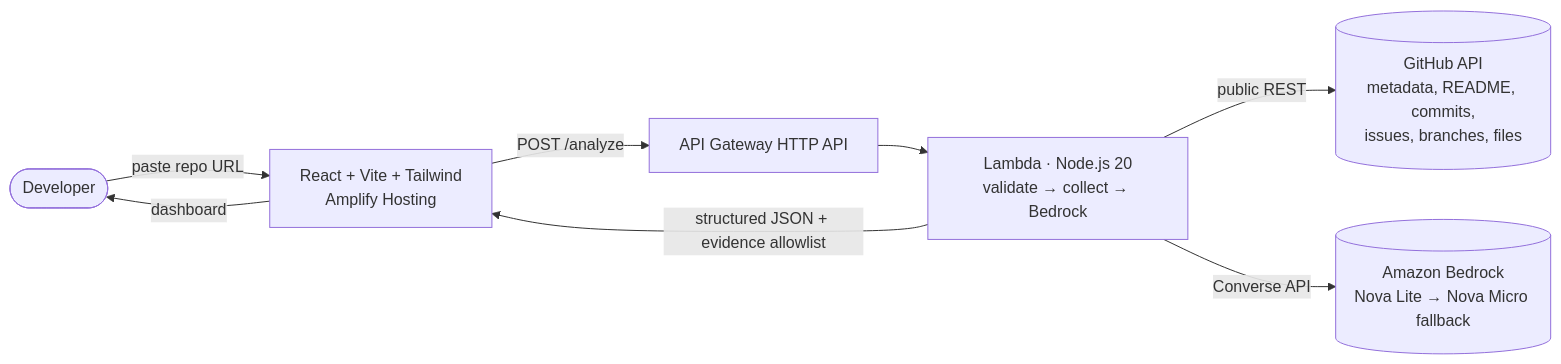
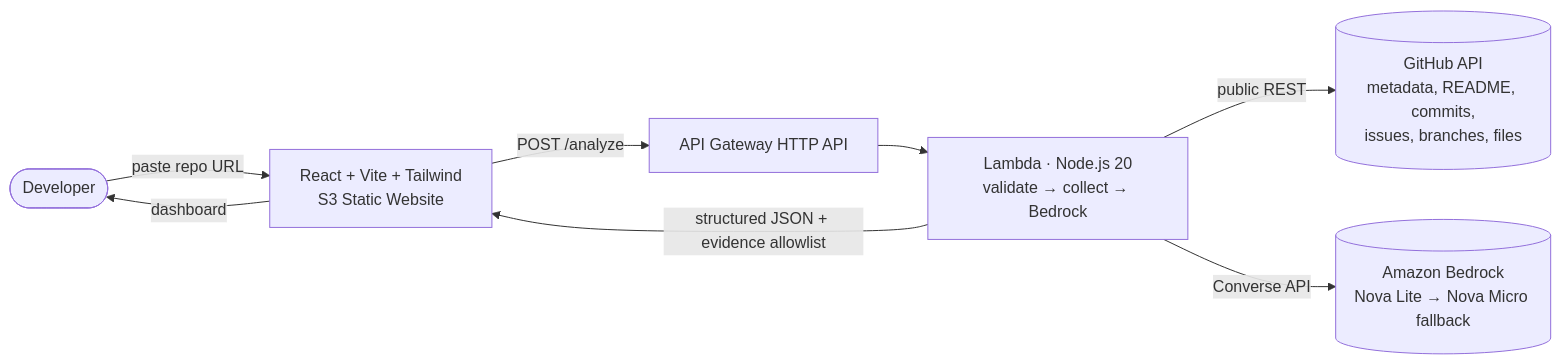
Before and after one commit to minhazexo/repo-call: the diagram in README.md, drawn with Mermaid. The commit also changed other lines of this file and 12 other files, not shown here.

````diff
--- a/README.md
+++ b/README.md
@@ -41,10 +41,10 @@
 ```mermaid
 flowchart LR
-    User([Developer]) -->|paste repo URL| Web[React + Vite + Tailwind\nAmplify Hosting]
+    User([Developer]) -->|paste repo URL| Web[React + Vite + Tailwind\nS3 Static Website]
     Web -->|POST /analyze| API[API Gateway HTTP API]
     API --> Fn[Lambda · Node.js 20\nvalidate → collect → Bedrock]
     Fn -->|public REST| GH[(GitHub API\nmetadata, README, commits,\nissues, branches, files)]
     Fn -->|Converse API| BR[(Amazon Bedrock\nNova Lite → Nova Micro fallback)]
     Fn -->|structured JSON + evidence allowlist| Web
     Web -->|dashboard| User
 ```
````
